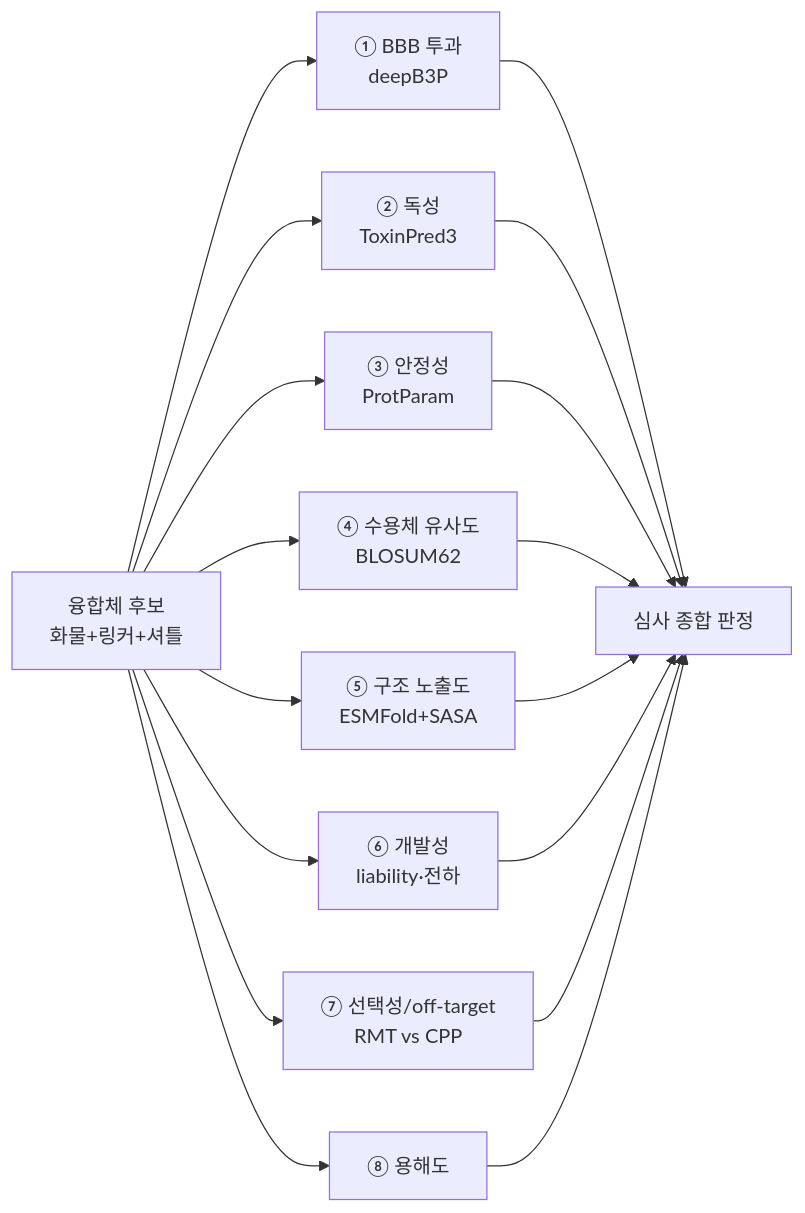
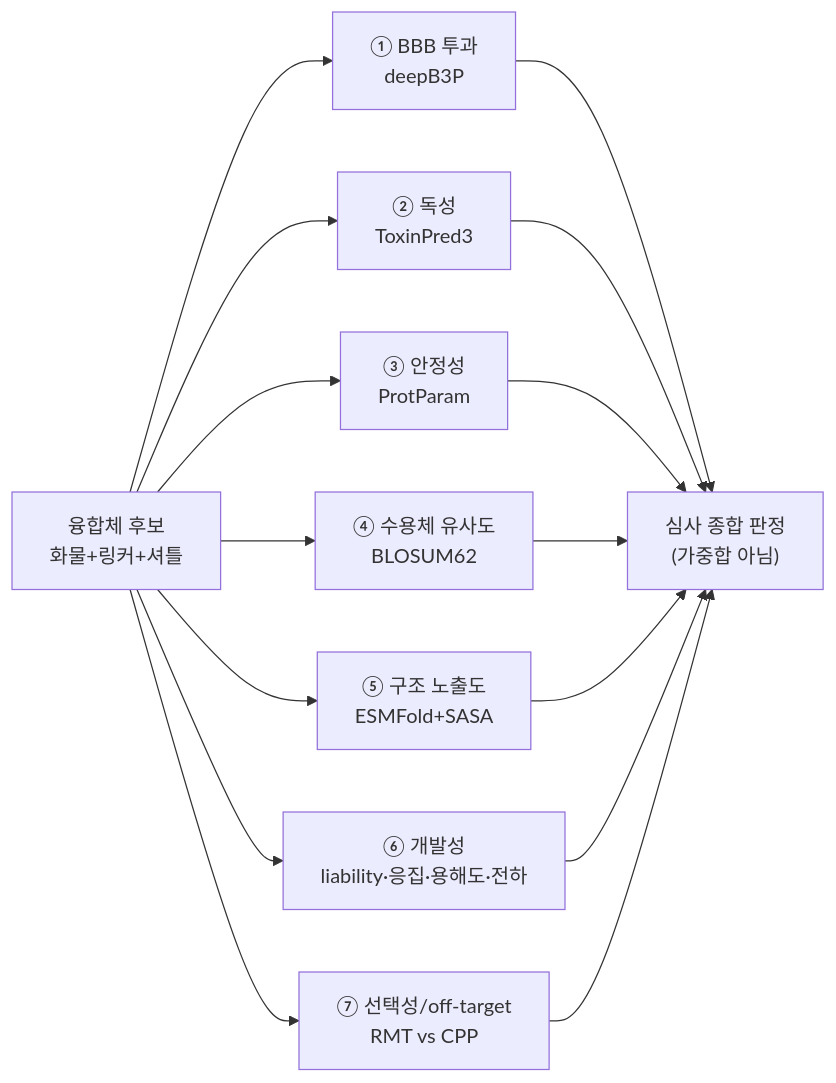
One commit to yunseul6028/BBB-Optimizer changed the sixth of 8 diagrams in 아키텍처.md. Above: the diagram before and after it, drawn with Mermaid. The commit also changed other lines of this file, not shown here.

````diff
--- a/아키텍처.md
+++ b/아키텍처.md
@@ -210,13 +203,12 @@
 ```mermaid
 flowchart LR
-  IN["융합체 후보<br/>화물+링커+셔틀"] --> A1 & A2 & A3 & A4 & A5 & A6 & A7 & A8
+  IN["융합체 후보<br/>화물+링커+셔틀"] --> A1 & A2 & A3 & A4 & A5 & A6 & A7
   A1["① BBB 투과<br/>deepB3P"]
   A2["② 독성<br/>ToxinPred3"]
   A3["③ 안정성<br/>ProtParam"]
   A4["④ 수용체 유사도<br/>BLOSUM62"]
   A5["⑤ 구조 노출도<br/>ESMFold+SASA"]
-  A6["⑥ 개발성<br/>liability·전하"]
+  A6["⑥ 개발성<br/>liability·응집·용해도·전하"]
   A7["⑦ 선택성/off-target<br/>RMT vs CPP"]
-  A8["⑧ 용해도"]
-  A1 & A2 & A3 & A4 & A5 & A6 & A7 & A8 --> J["심사 종합 판정"]
+  A1 & A2 & A3 & A4 & A5 & A6 & A7 --> J["심사 종합 판정<br/>(가중합 아님)"]
 ```
````
